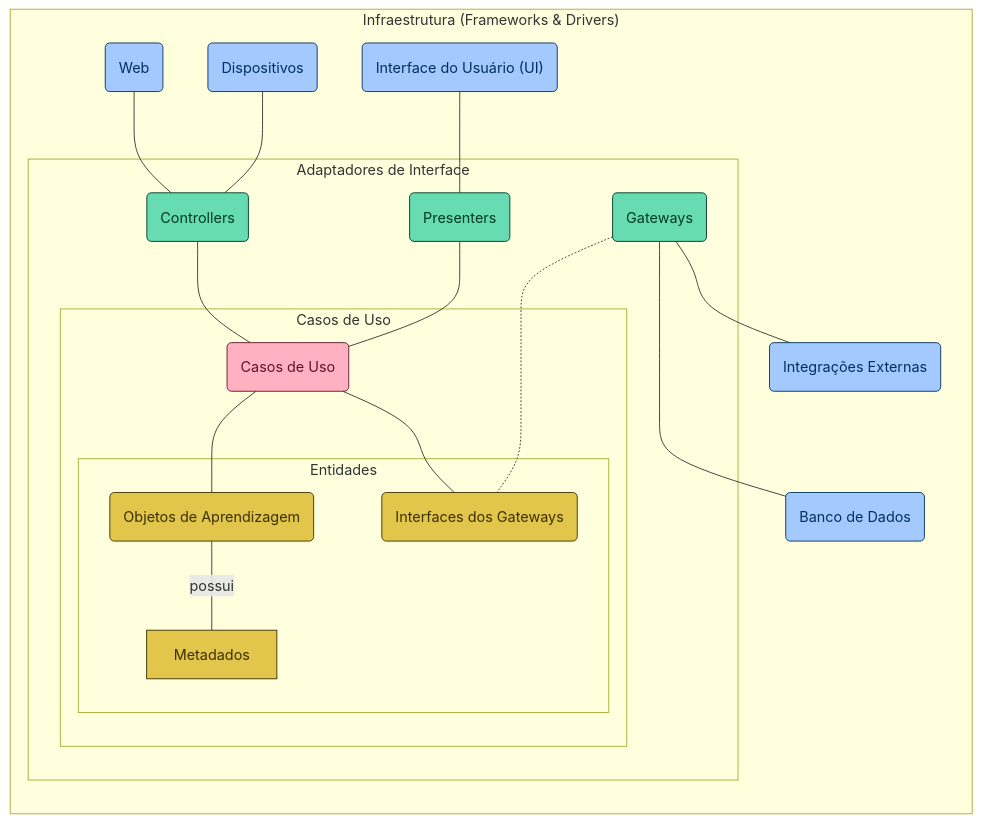
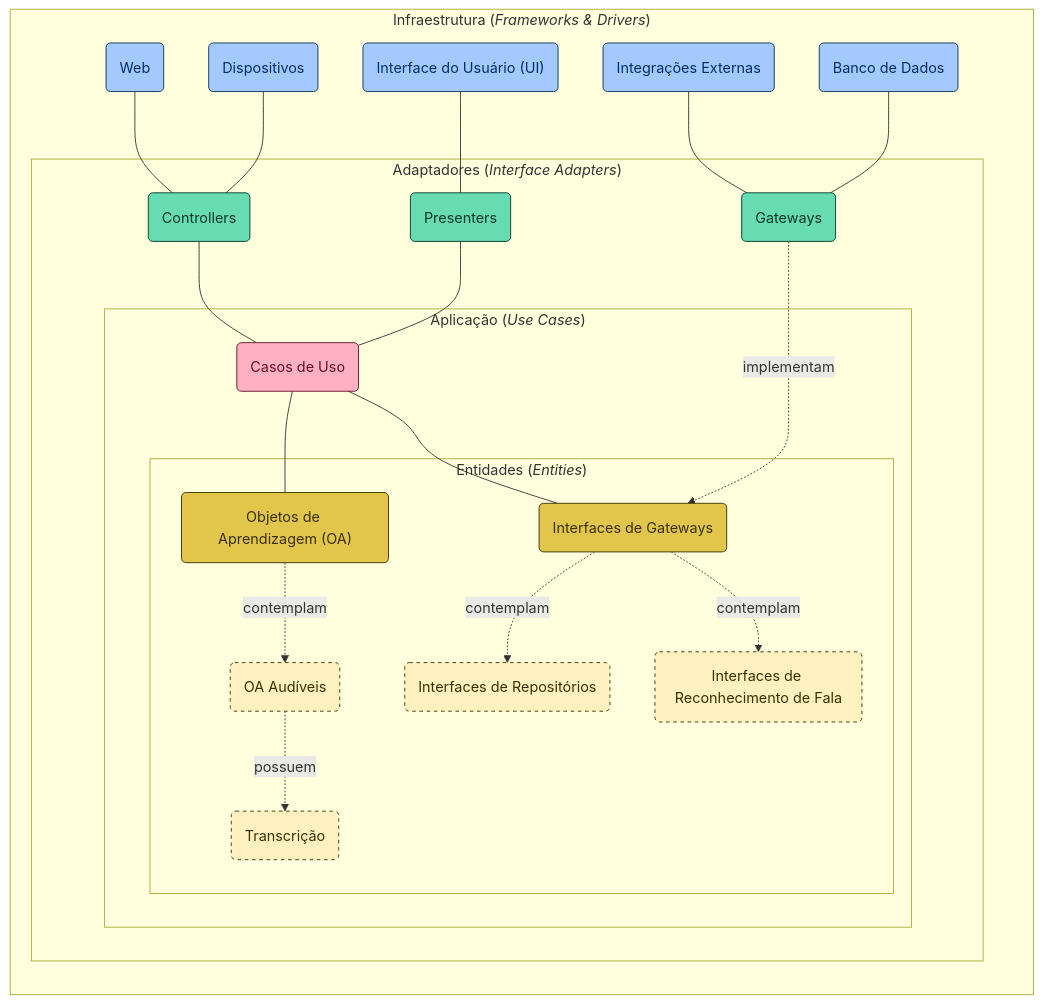
The diagram in README.md (falvojr/speech2learning), drawn with Mermaid before and after one commit.

Commit message:
Atualização no Diagrama de Componentes

````diff
--- a/README.md
+++ b/README.md
@@ -7,38 +7,42 @@
 ```mermaid
-graph BT;
-  subgraph "Infraestrutura (Frameworks & Drivers)";
+graph RL;
+  subgraph "Infraestrutura (<em>Frameworks & Drivers</em>)";
     Web(Web) --- Con
     Dis(Dispositivos) --- Con
     UI("Interface do Usuário (UI)") --- Pre
-    EXT(Integrações Externas)
-    BD(Banco de Dados)
+    EXT(Integrações Externas) --- Gat
+    BD(Banco de Dados) --- Gat
 
-    subgraph "Adaptadores de Interface";
-        Con(Controllers) --- UC
-        Pre(Presenters) --- UC
-        Gat(Gateways) -..- IGat
+    subgraph "Adaptadores (<em>Interface Adapters</em>)";
+      Con(Controllers) --- UC
+      Pre(Presenters) --- UC
+      Gat(Gateways) -..-> |implementam| IGat
 
-        subgraph "Casos de Uso";
-            UC(Casos de Uso) --- OA
+      subgraph "Aplicação (<em>Use Cases</em>)";
+        UC(Casos de Uso) --- OA
+        UC --- IGat
 
-            subgraph "Entidades";
-                OA(Objetos de Aprendizagem) --- |possui| MD[Metadados]
-                IGat(Interfaces dos Gateways)
-            end
-            UC --- IGat
+        subgraph "Entidades (<em>Entities</em>)";
+          OA("Objetos de Aprendizagem (OA)")
+          OA -.-> |contemplam| OAA(OA Audíveis)
+          OAA -.-> |possuem| Tra(Transcrição)
+          IGat(Interfaces de Gateways)
+          IGat -.-> |contemplam| Rep(Interfaces de Repositórios)
+          IGat -.-> |contemplam| Rec(Interfaces de Reconhecimento de Fala)
         end
+     end
     end
-    Gat ---- BD
-    Gat --- EXT
   end
 
 classDef infra fill:#a3c9ff,stroke:#00315c,color:#00315c;
 classDef adapters fill:#67dbb1,stroke:#003828,color:#003828;
 classDef ucs fill:#ffb1c1,stroke:#5f112b,color:#5f112b;
 classDef entities fill:#e2c54b,stroke:#3a3000,color:#3a3000;
+classDef entities_secondary fill:#fff0c0,stroke:#3a3000,color:#3a3000,stroke-dasharray: 4 4;
 
 class Web,Dis,UI,BD,EXT infra;
 class Con,Gat,Pre adapters;
 class UC ucs;
-class OA,MD,IGat entities;
+class OA,IGat entities;
+class OAA,Tra,Rep,Rec entities_secondary;
 ```
````
